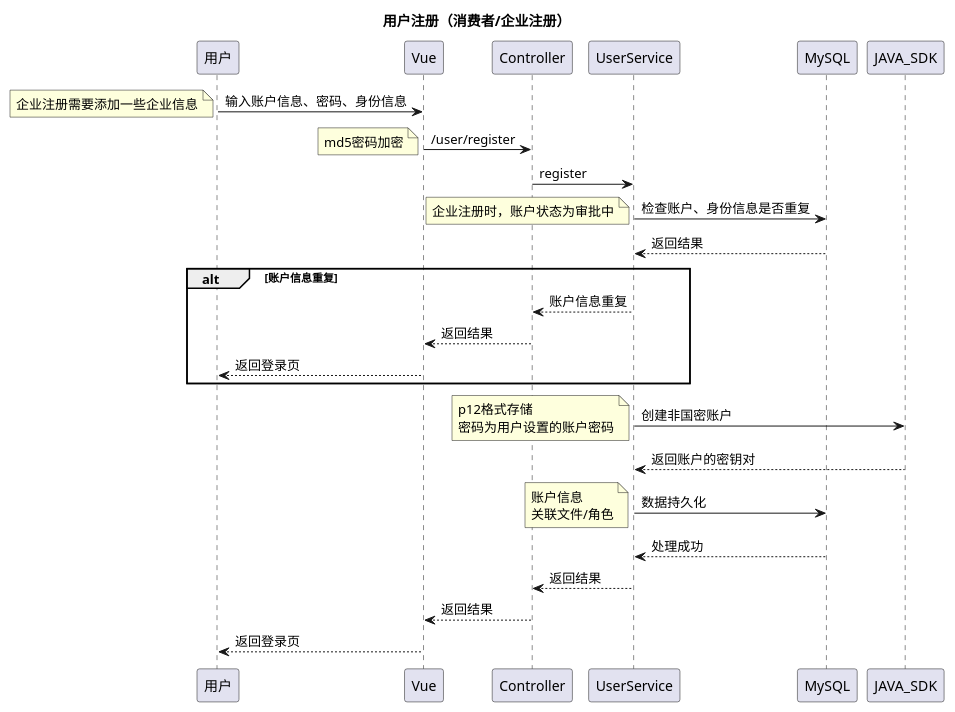
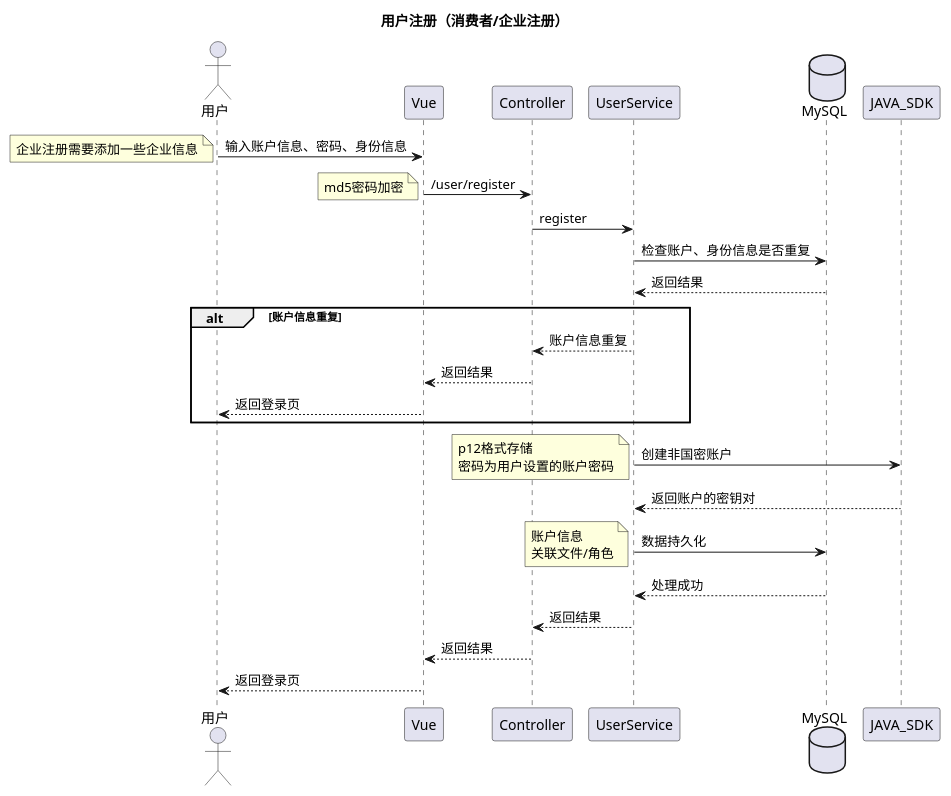
The diagram in docs/时序图/用户注册.puml (cmgun/B-Recycle), drawn with PlantUML before and after one commit. The commit also changed 24 other files, not shown here.

```diff
--- a/docs/时序图/用户注册.puml
+++ b/docs/时序图/用户注册.puml
@@ -1,45 +1,44 @@
 @startuml
 'https://plantuml.com/sequence-diagram
 title 用户注册（消费者/企业注册）
+actor 用户
 
 用户 -> Vue : 输入账户信息、密码、身份信息
 note left
 企业注册需要添加一些企业信息
 end note
 Vue -> Controller : /user/register
 note left
 md5密码加密
 end note
 Controller -> UserService : register
+database MySQL
 UserService -> MySQL : 检查账户、身份信息是否重复
-note left
-企业注册时，账户状态为审批中
-end note
 UserService <-- MySQL : 返回结果
 alt 账户信息重复
     Controller <-- UserService : 账户信息重复
     Vue <-- Controller : 返回结果
     用户 <-- Vue : 返回登录页
 end alt
 
 UserService -> JAVA_SDK : 创建非国密账户
 note left
 p12格式存储
 密码为用户设置的账户密码
 end note
 
 UserService <-- JAVA_SDK : 返回账户的密钥对
 'UserService -> WeIdentity : 根据密钥对生成weid
 'UserService <-- WeIdentity : 返回weid
 
 UserService -> MySQL : 数据持久化
 note left
 账户信息
 关联文件/角色
 end note
 UserService <-- MySQL : 处理成功
 Controller <-- UserService : 返回结果
 Vue <-- Controller : 返回结果
 用户 <-- Vue : 返回登录页
 
 @enduml
```
